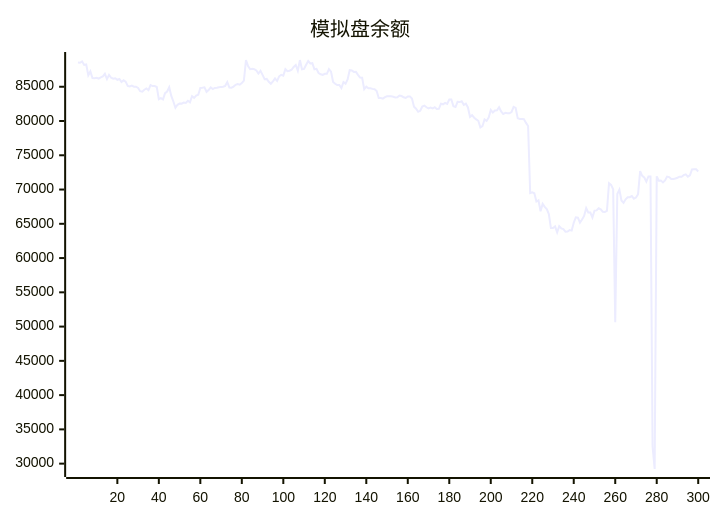
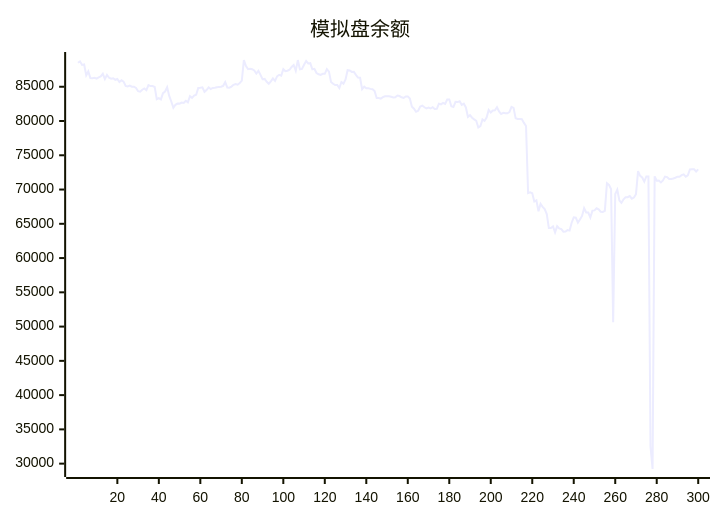
One commit to aahl/ai-trading changed the diagram in README.md. Above: the diagram before and after it, drawn with Mermaid. The commit also changed other lines of this file and 1 other file, not shown here.

````diff
--- a/README.md
+++ b/README.md
@@ -5,5 +5,5 @@
 ```mermaid
 xychart
     title "模拟盘余额"
-    line [88528,88495,88705,88189,88248,86662,87234,86279,86251,86314,86177,86364,86503,86886,86114,86731,86310,86176,86240,86017,86136,85685,85938,85749,85111,85044,85164,85016,85008,84824,84354,84287,84572,84745,84500,85234,85096,85095,84970,83180,83338,83157,84070,84309,84922,83667,82850,81924,82369,82552,82539,82695,82648,82962,82728,83619,83378,83710,83825,84819,84854,84917,84265,84527,84919,84668,84834,84850,84916,84981,85004,85131,85674,84891,84864,85019,85284,85393,85294,85538,85894,88904,88012,87567,87625,87568,87386,86920,87313,86737,86094,86143,85725,85437,85787,86219,85859,86526,86740,86630,87563,87264,87335,87483,87886,88180,87335,88894,87544,87608,88207,88755,88401,88444,87543,87608,87000,86810,86740,86894,86884,87576,87209,85686,85435,85251,85255,84820,85689,85453,86066,87420,87373,87161,87178,86740,86341,86315,84643,85012,84772,84768,84690,84635,84376,83360,83357,83259,83474,83608,83606,83602,83548,83440,83454,83724,83644,83464,83365,83590,83592,83275,82072,81806,81344,81492,82109,82254,82006,81848,81955,81829,82022,81769,81776,82522,82441,82656,82498,83144,83144,82150,82038,82797,82763,82872,82367,82536,81981,80612,80862,80484,80242,80034,79063,79245,80226,80016,80507,81625,81233,81544,81578,82016,81401,81019,81186,81130,81118,81306,82066,81909,80392,80304,80291,80258,79729,79261,69466,69579,69456,68251,68415,66832,67911,67462,67144,66432,64380,64375,64606,63740,64647,64324,64216,63842,63877,64078,64008,65156,65945,65888,65157,65625,66144,67284,66653,66639,65924,66925,66956,67263,67108,66766,66729,66886,70927,70673,70049,50652,69334,69973,68400,68061,68578,68876,68879,69055,68662,68822,69329,72687,71999,71760,71162,71911,71896,32500,29218,71927,71297,71305,71044,71337,71883,71822,71536,71536,71622,71723,71880,71860,72100,72216,71887,72077,72940,72976,72966,72638]
+    line [88495,88705,88189,88248,86662,87234,86279,86251,86314,86177,86364,86503,86886,86114,86731,86310,86176,86240,86017,86136,85685,85938,85749,85111,85044,85164,85016,85008,84824,84354,84287,84572,84745,84500,85234,85096,85095,84970,83180,83338,83157,84070,84309,84922,83667,82850,81924,82369,82552,82539,82695,82648,82962,82728,83619,83378,83710,83825,84819,84854,84917,84265,84527,84919,84668,84834,84850,84916,84981,85004,85131,85674,84891,84864,85019,85284,85393,85294,85538,85894,88904,88012,87567,87625,87568,87386,86920,87313,86737,86094,86143,85725,85437,85787,86219,85859,86526,86740,86630,87563,87264,87335,87483,87886,88180,87335,88894,87544,87608,88207,88755,88401,88444,87543,87608,87000,86810,86740,86894,86884,87576,87209,85686,85435,85251,85255,84820,85689,85453,86066,87420,87373,87161,87178,86740,86341,86315,84643,85012,84772,84768,84690,84635,84376,83360,83357,83259,83474,83608,83606,83602,83548,83440,83454,83724,83644,83464,83365,83590,83592,83275,82072,81806,81344,81492,82109,82254,82006,81848,81955,81829,82022,81769,81776,82522,82441,82656,82498,83144,83144,82150,82038,82797,82763,82872,82367,82536,81981,80612,80862,80484,80242,80034,79063,79245,80226,80016,80507,81625,81233,81544,81578,82016,81401,81019,81186,81130,81118,81306,82066,81909,80392,80304,80291,80258,79729,79261,69466,69579,69456,68251,68415,66832,67911,67462,67144,66432,64380,64375,64606,63740,64647,64324,64216,63842,63877,64078,64008,65156,65945,65888,65157,65625,66144,67284,66653,66639,65924,66925,66956,67263,67108,66766,66729,66886,70927,70673,70049,50652,69334,69973,68400,68061,68578,68876,68879,69055,68662,68822,69329,72687,71999,71760,71162,71911,71896,32500,29218,71927,71297,71305,71044,71337,71883,71822,71536,71536,71622,71723,71880,71860,72100,72216,71887,72077,72940,72976,72966,72638,72948]
 ```
````
